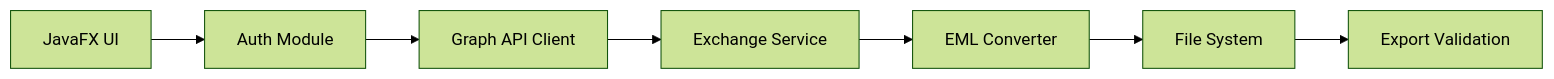
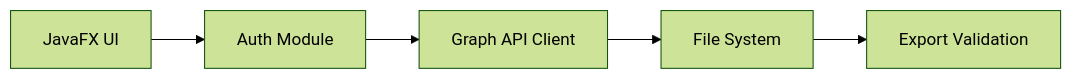
The second of 2 diagrams in README.md (ws-research/Azure-Data-Guardian), drawn with Mermaid (forest theme) before and after one commit. The commit also changed other lines of this file, not shown here.

````diff
--- a/README.md
+++ b/README.md
@@ -139,9 +127,7 @@
 ```mermaid
 graph LR
 A[JavaFX UI] --> B[Auth Module]
 B --> C[Graph API Client]
-C --> D[Exchange Service]
-D --> E[EML Converter]
-E --> F[File System]
-F --> G[Export Validation]
+C --> D[File System]
+D --> E[Export Validation]
 ```
````
